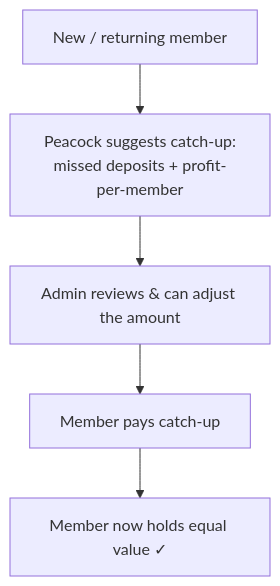
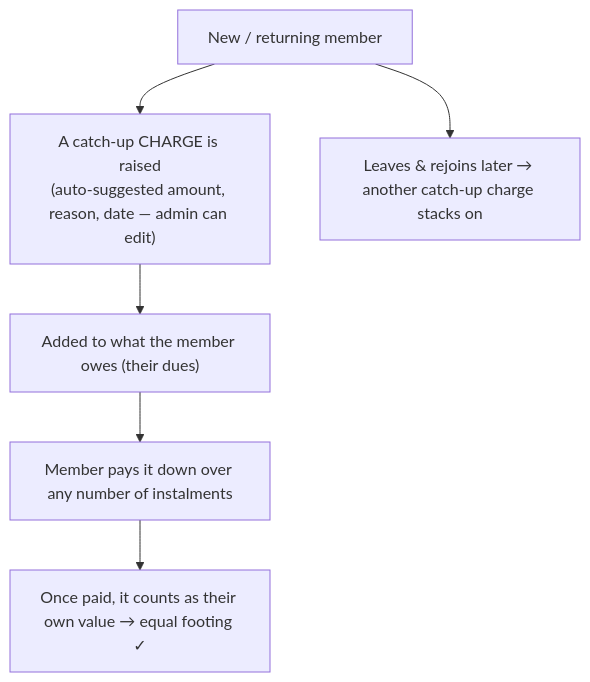
One commit to iam-hussain/peacock changed the sixth of 13 diagrams in docs/PRODUCT.md. Above: the diagram before and after it, drawn with Mermaid. The commit also changed other lines of this file and 4 other files, not shown here.

First line of the commit message:
Model catch-up & penalty as charges (dues) paid down over time

````diff
--- a/docs/PRODUCT.md
+++ b/docs/PRODUCT.md
@@ -242,7 +242,8 @@
 ```mermaid
 flowchart TD
-  J["New / returning member"] --> CALC["Peacock suggests catch-up:<br/>missed deposits + profit-per-member"]
-  CALC --> EDIT["Admin reviews & can adjust the amount"]
-  EDIT --> PAY["Member pays catch-up"]
-  PAY --> EQ["Member now holds equal value ✓"]
+  J["New / returning member"] --> RAISE["A catch-up CHARGE is raised<br/>(auto-suggested amount, reason, date — admin can edit)"]
+  RAISE --> OWE["Added to what the member owes (their dues)"]
+  OWE --> PAY["Member pays it down over any number of instalments"]
+  PAY --> EQ["Once paid, it counts as their own value → equal footing ✓"]
+  J --> AGAIN["Leaves & rejoins later → another catch-up charge stacks on"]
 ```
````
